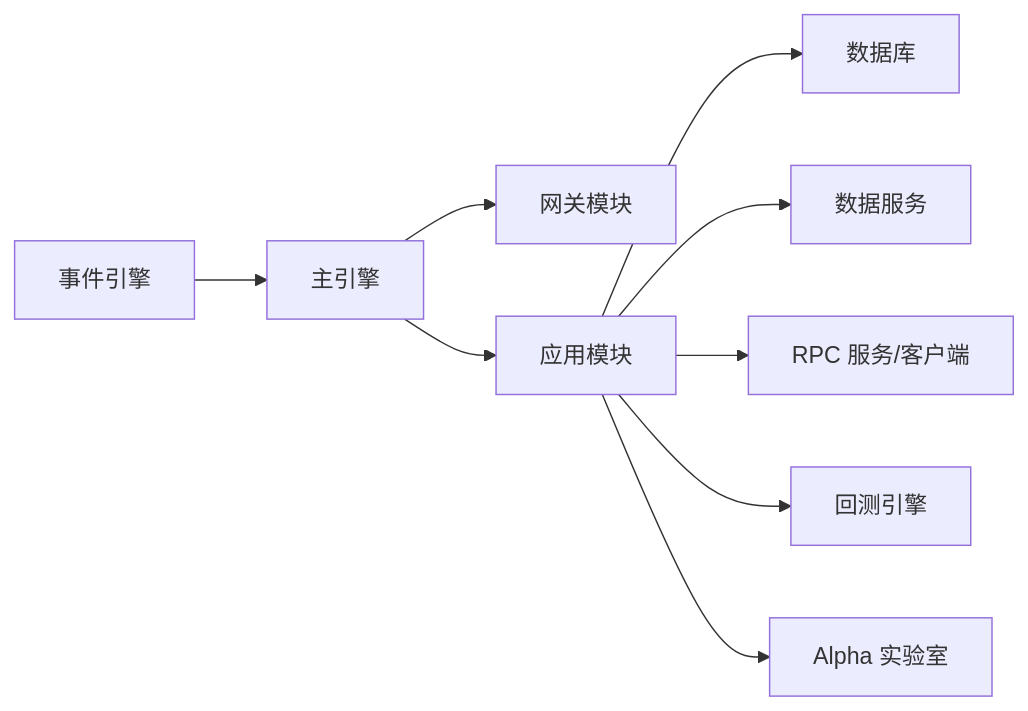
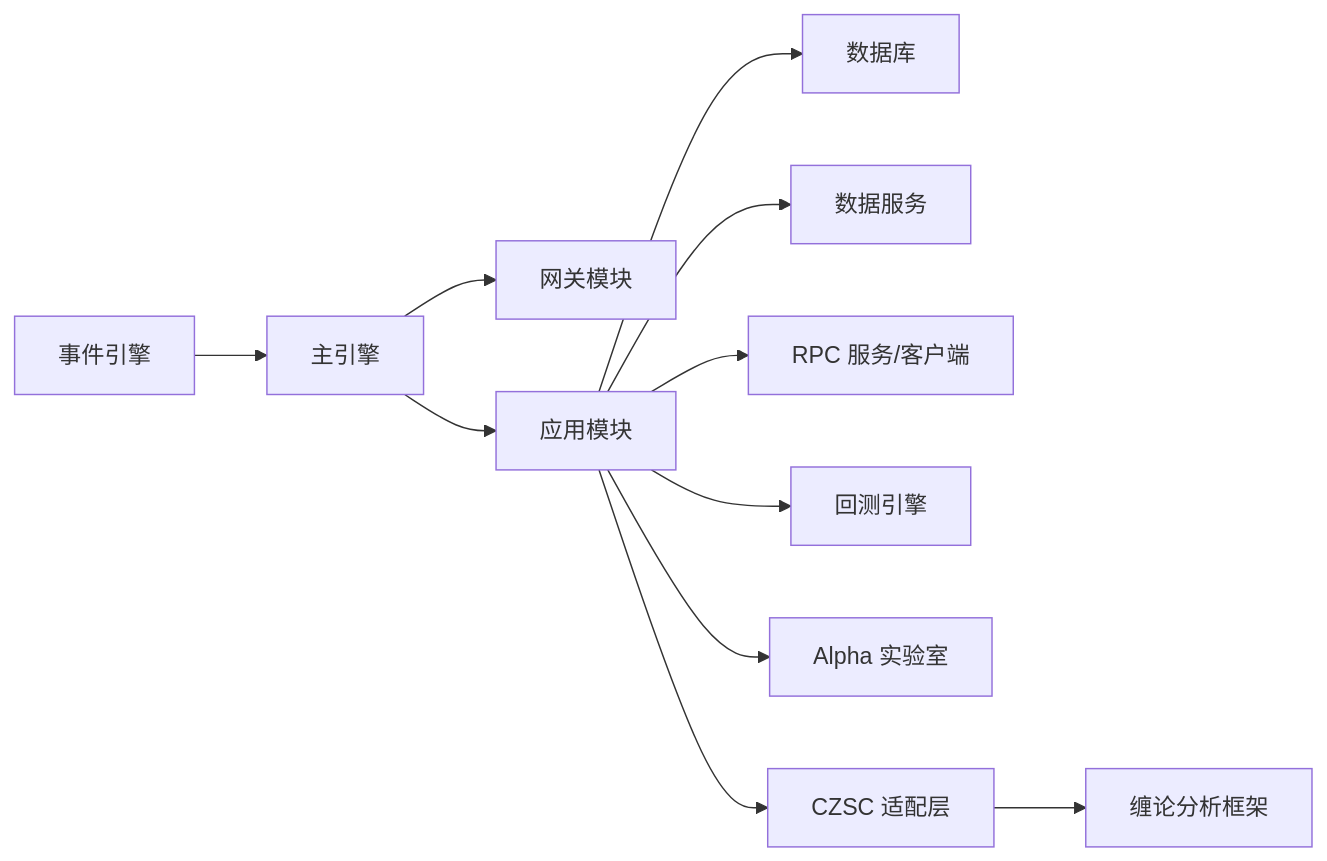
Before and after one commit to maxtwoon/vnpy: diagram 14 of 14 in .qoder/repowiki/zh/content/示例和教程/示例和教程.md, drawn with Mermaid. The commit also changed other lines of this file and 3 other files, not shown here.

````diff
--- a/.qoder/repowiki/zh/content/示例和教程/示例和教程.md
+++ b/.qoder/repowiki/zh/content/示例和教程/示例和教程.md
@@ -442,11 +638,13 @@
 ```mermaid
 graph LR
 EE["事件引擎"] --> ME["主引擎"]
 ME --> GW["网关模块"]
 ME --> APP["应用模块"]
 APP --> DB["数据库"]
 APP --> DF["数据服务"]
 APP --> RPC["RPC 服务/客户端"]
 APP --> BT["回测引擎"]
 APP --> AL["Alpha 实验室"]
+APP --> CZSC["CZSC 适配层"]
+CZSC --> CS["缠论分析框架"]
 ```
````
